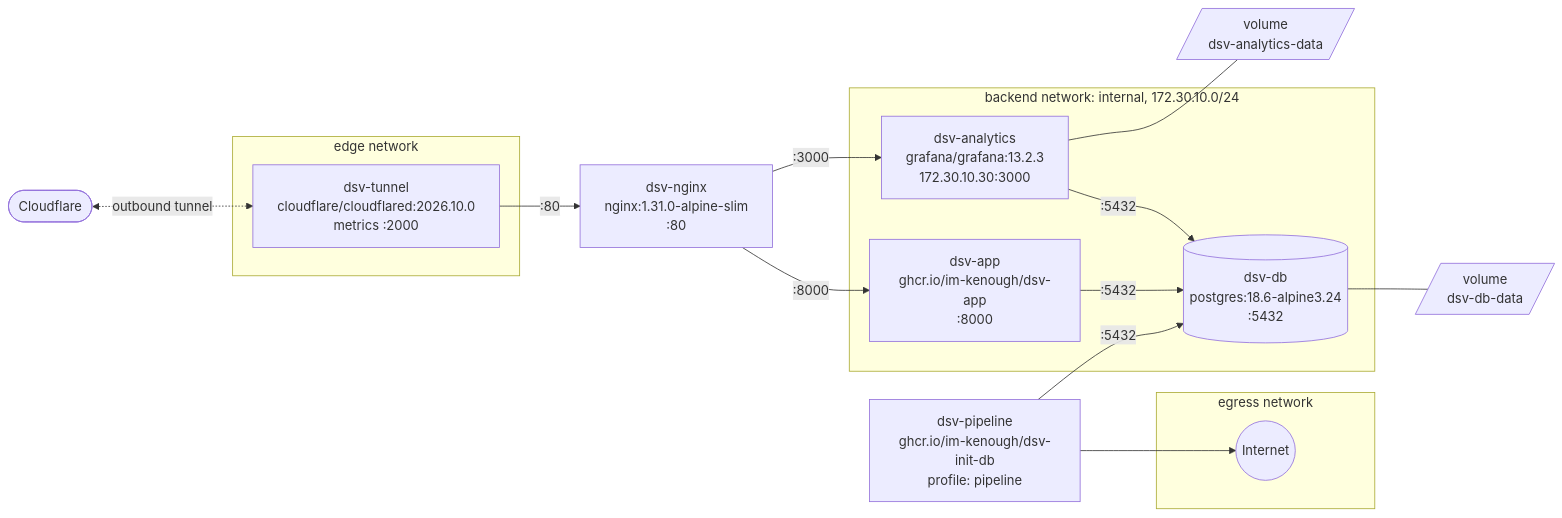
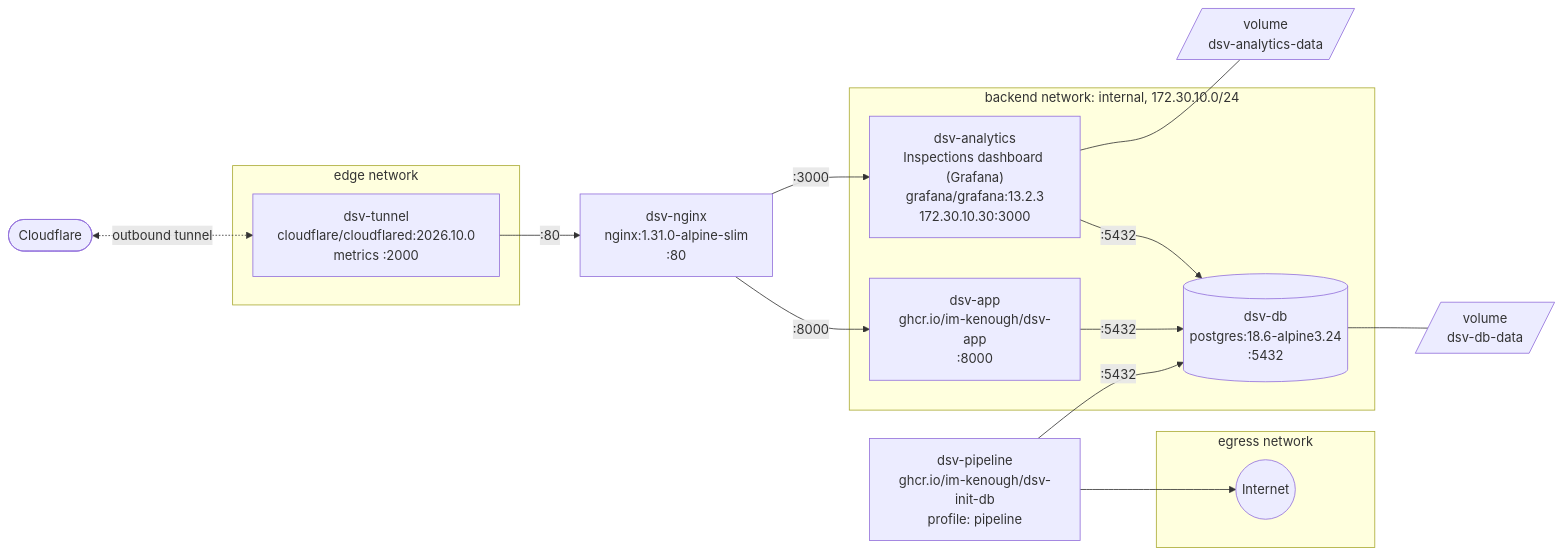
One commit to im-kenough/DineSafeViz changed the second of 2 diagrams in docs-new/ref/2-app-architecture.md. Above: the diagram before and after it, drawn with Mermaid. The commit also changed other lines of this file and 9 other files, not shown here.

First line of the commit message:
docs: update data architecture docs (#268)

````diff
--- a/docs-new/ref/2-app-architecture.md
+++ b/docs-new/ref/2-app-architecture.md
@@ -61,35 +63,35 @@
 ```mermaid
 flowchart LR
     cf([Cloudflare]) <-. "outbound tunnel" .-> tunnel
 
     subgraph edge["edge network"]
         tunnel["dsv-tunnel<br/>cloudflare/cloudflared:2026.10.0<br/>metrics :2000"]
     end
 
     nginx["dsv-nginx<br/>nginx:1.31.0-alpine-slim<br/>:80"]
 
     subgraph backend["backend network: internal, 172.30.10.0/24"]
         app["dsv-app<br/>ghcr.io/im-kenough/dsv-app<br/>:8000"]
-        analytics["dsv-analytics<br/>grafana/grafana:13.2.3<br/>172.30.10.30:3000"]
+        analytics["dsv-analytics<br/>Inspections dashboard (Grafana)<br/>grafana/grafana:13.2.3<br/>172.30.10.30:3000"]
         db[("dsv-db<br/>postgres:18.6-alpine3.24<br/>:5432")]
     end
 
     pipeline["dsv-pipeline<br/>ghcr.io/im-kenough/dsv-init-db<br/>profile: pipeline"]
 
     subgraph egress["egress network"]
         internet((Internet))
     end
 
     dbvol[/"volume<br/>dsv-db-data"/]
     gvol[/"volume<br/>dsv-analytics-data"/]
 
     tunnel -- ":80" --> nginx
     nginx -- ":8000" --> app
     nginx -- ":3000" --> analytics
     app -- ":5432" --> db
     analytics -- ":5432" --> db
     pipeline -- ":5432" --> db
     pipeline --> internet
     db --- dbvol
     analytics --- gvol
 ```
````
